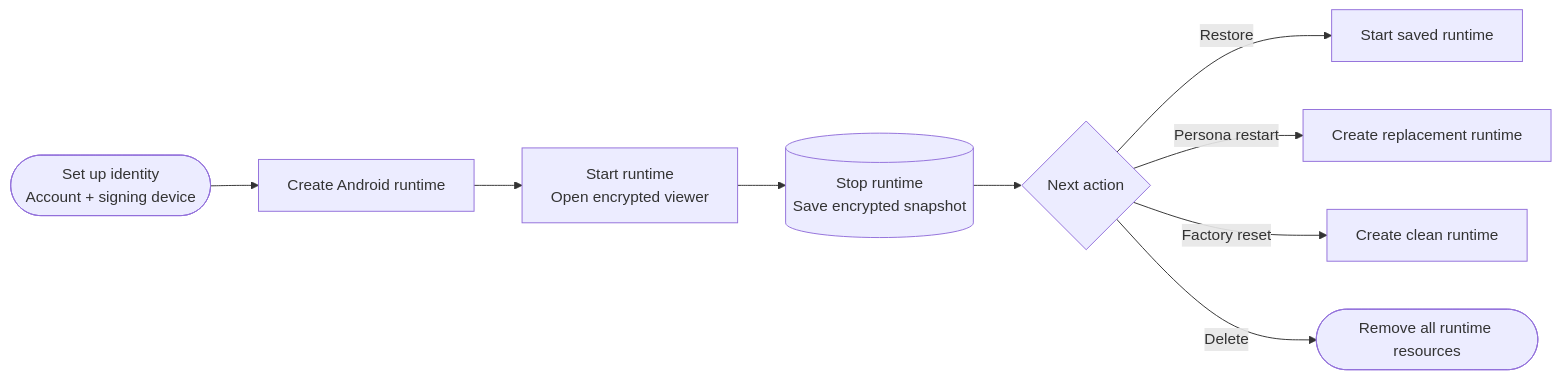
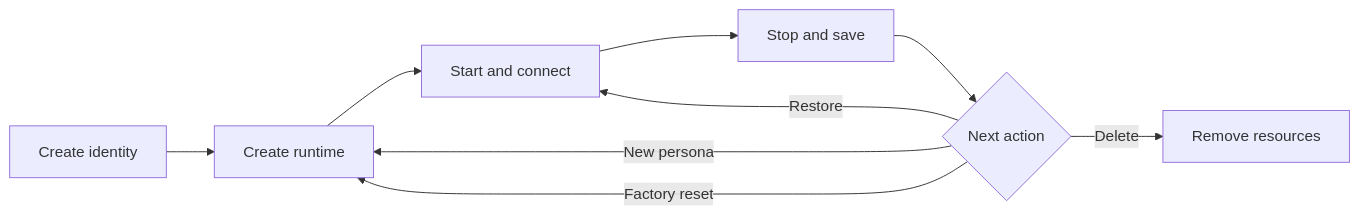
The first of 2 diagrams in README.md (mattyperrott/Virtroid), drawn with Mermaid before and after one commit. The commit also changed other lines of this file, not shown here.

````diff
--- a/README.md
+++ b/README.md
@@ -81,15 +74,11 @@
 ```mermaid
 flowchart LR
-    A(["Set up identity<br/>Account + signing device"])
-    B["Create Android runtime"]
-    C["Start runtime<br/>Open encrypted viewer"]
-    D[("Stop runtime<br/>Save encrypted snapshot")]
-    E{"Next action"}
-
-    A --> B --> C --> D --> E
-
-    E -->|Restore| R["Start saved runtime"]
-    E -->|Persona restart| P["Create replacement runtime"]
-    E -->|Factory reset| F["Create clean runtime"]
-    E -->|Delete| X(["Remove all runtime resources"])
+    A[Create identity] --> B[Create runtime]
+    B --> C[Start and connect]
+    C --> D[Stop and save]
+    D --> E{Next action}
+    E -->|Restore| C
+    E -->|New persona| B
+    E -->|Factory reset| B
+    E -->|Delete| F[Remove resources]
 ```
````
